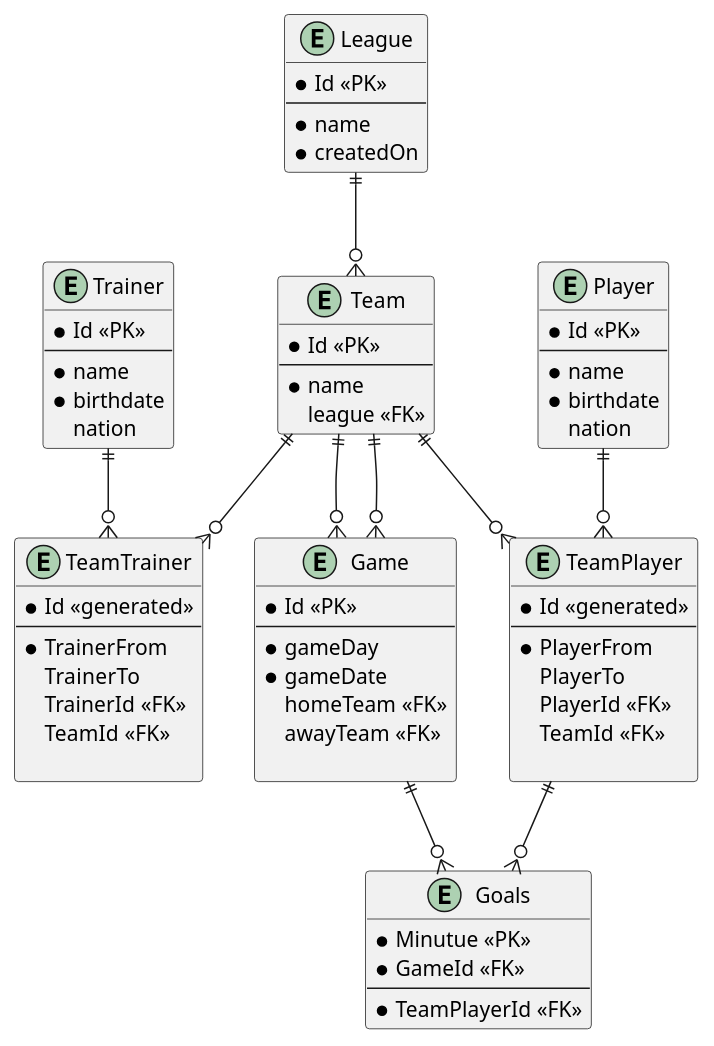
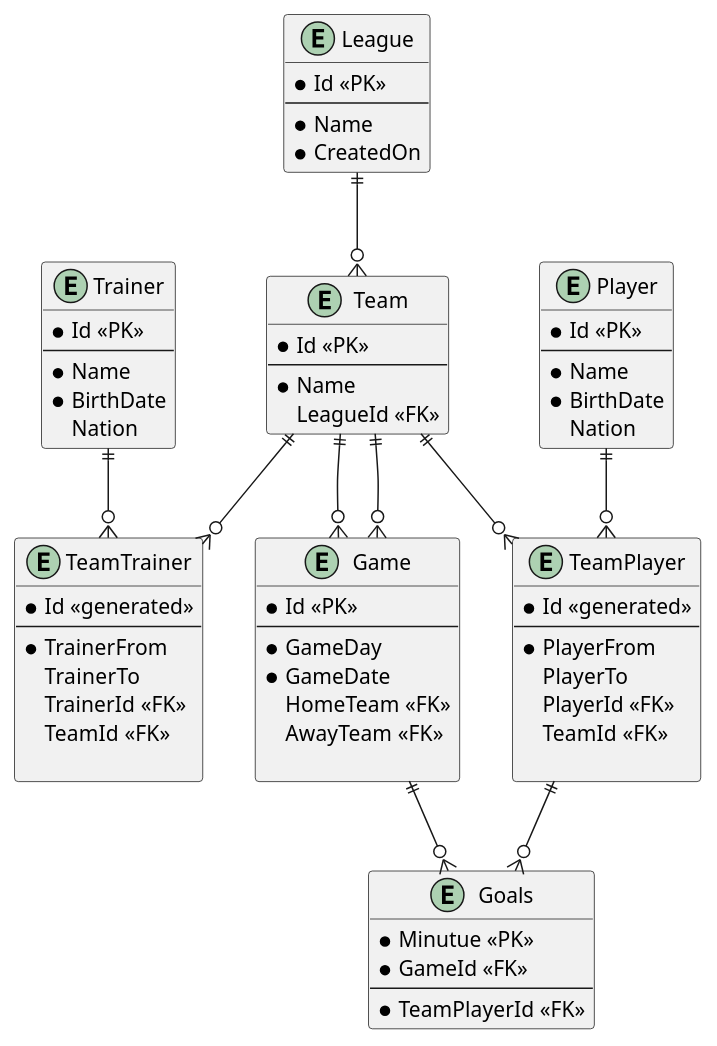
One commit to BojanTRB/nationsLeague changed the diagram in model.puml. Above: the diagram before and after it, drawn with PlantUML.

```diff
--- a/model.puml
+++ b/model.puml
@@ -1,75 +1,75 @@
 entity League{
     * Id <<PK>>
     --
-    * name
-    * createdOn
+    * Name
+    * CreatedOn
 }
 
 entity Team{
     * Id <<PK>>
     --
-    * name
-    league <<FK>>
+    * Name
+    LeagueId <<FK>>
 }
 
 entity Player{
     * Id <<PK>>
     --
-    * name
-    * birthdate
-    nation
+    * Name
+    * BirthDate
+    Nation
 }
 
 entity TeamTrainer{
     * Id <<generated>>
     ---
     * TrainerFrom
     TrainerTo
     TrainerId <<FK>>
     TeamId <<FK>>
     
 }
 
 entity Goals{
     * Minutue <<PK>>
     * GameId <<FK>>
     --
     * TeamPlayerId <<FK>>
 }
 
 entity TeamPlayer{
     * Id <<generated>>
     ---
     * PlayerFrom
     PlayerTo
     PlayerId <<FK>>
     TeamId <<FK>>
     
 }
 
 entity Trainer{
     * Id <<PK>> 
     --
-    * name 
-    * birthdate 
-    nation
+    * Name 
+    * BirthDate 
+    Nation
 }
 
 entity Game {
     * Id <<PK>> 
     --
-    * gameDay
-    * gameDate
-    homeTeam <<FK>>
-    awayTeam <<FK>>
+    * GameDay
+    * GameDate
+    HomeTeam <<FK>>
+    AwayTeam <<FK>>
     
 }
 League ||--o{ Team
 Team ||--o{ TeamTrainer
 Team ||--o{ TeamPlayer
 Team ||--o{ Game
 Team ||--o{ Game
 Player ||--o{ TeamPlayer
 Trainer ||--o{ TeamTrainer
 Game ||--o{ Goals
 TeamPlayer ||--o{ Goals
```
